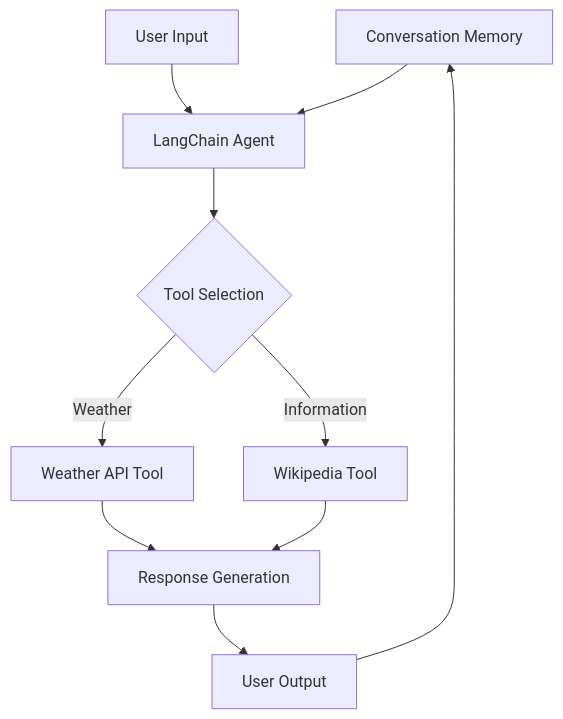
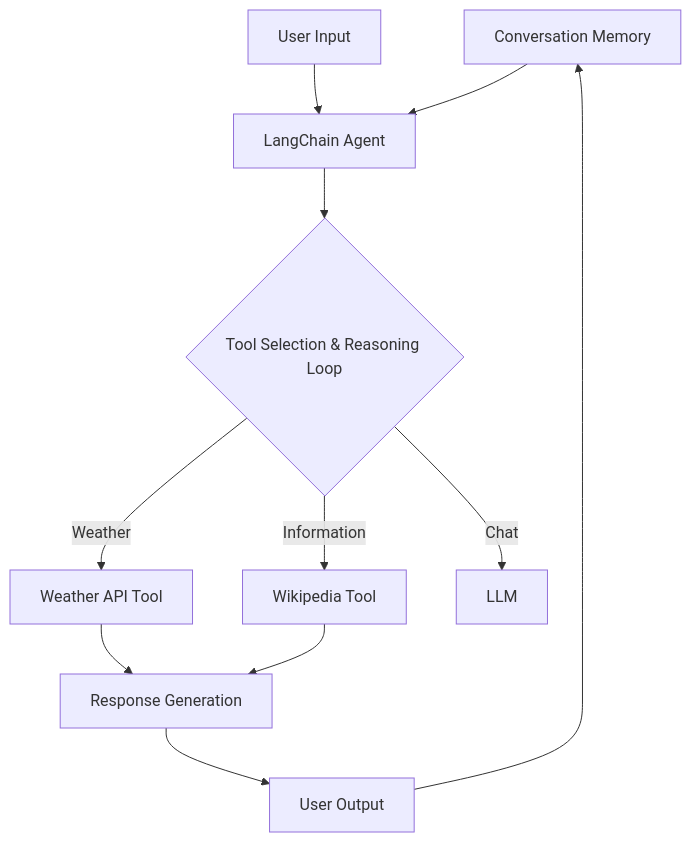
One commit to mameshini/ai-cookbook changed the diagram in src/langchain/README.md. Above: the diagram before and after it, drawn with Mermaid. The commit also changed other lines of this file, not shown here.

````diff
--- a/src/langchain/README.md
+++ b/src/langchain/README.md
@@ -11,13 +18,14 @@
 ```mermaid
 graph TD
     M[Conversation Memory]
     A[User Input] --> B[LangChain Agent]
     M --> B
-    B --> C{Tool Selection}
+    B --> C{Tool Selection & Reasoning Loop}
     C -->|Weather| D[Weather API Tool]
     C -->|Information| E[Wikipedia Tool]
+    C -->|Chat| L[LLM]
     D --> F[Response Generation]
     E --> F
     F --> G[User Output]
     G --> M
 ```
````
